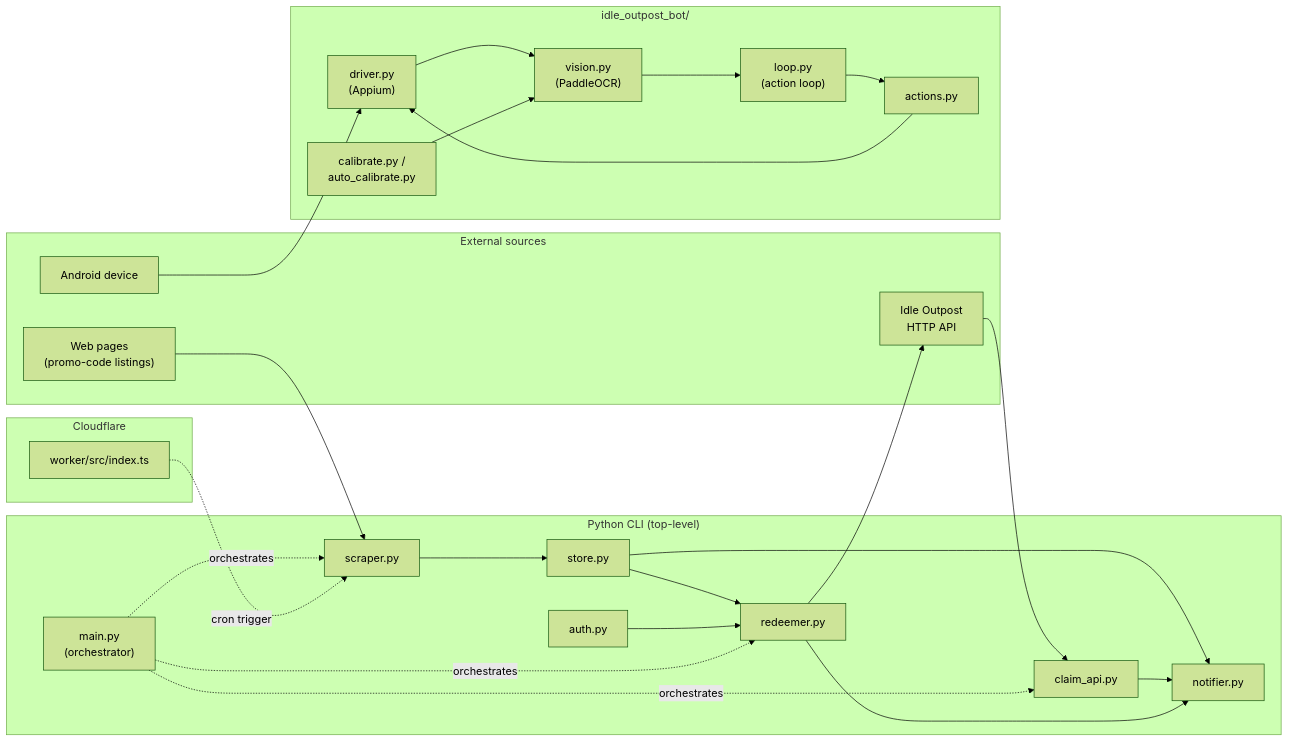
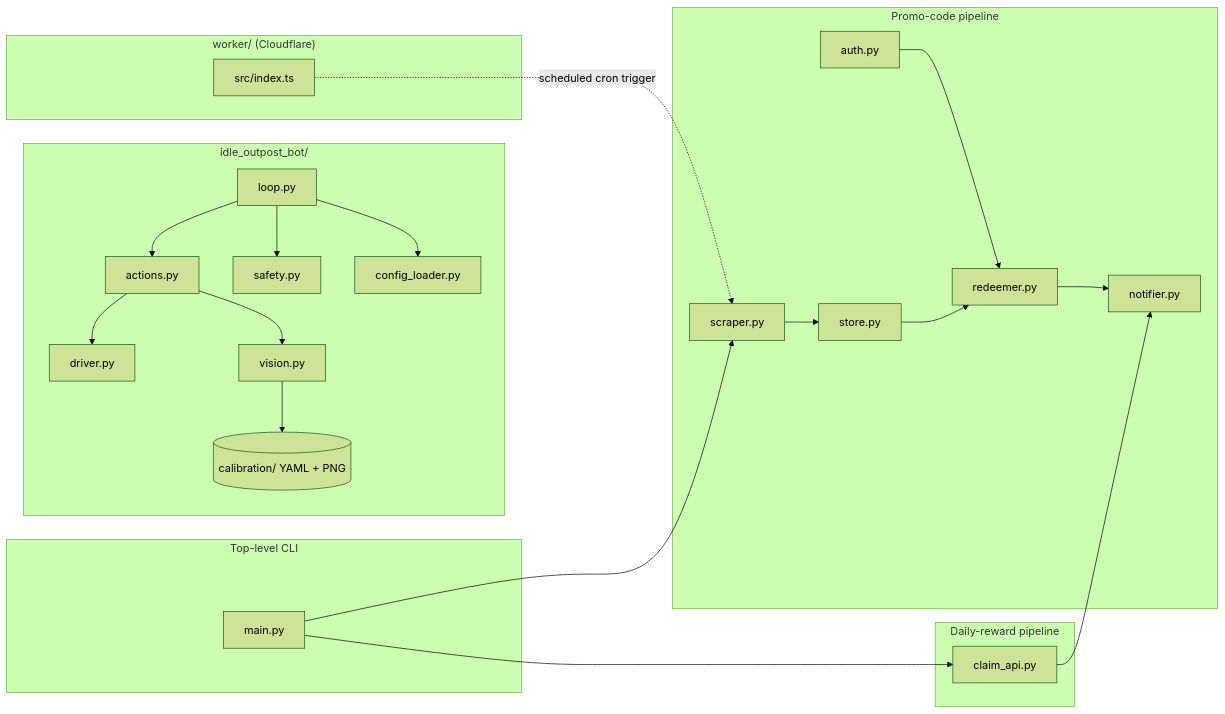
Before and after one commit to jclee941/idle-outpost: the diagram in README.md, drawn with Mermaid (forest theme). The commit also changed other lines of this file, not shown here.

Commit message:
docs: auto-update README.md (#368)

````diff
--- a/README.md
+++ b/README.md
@@ -41,52 +39,49 @@
 ```mermaid
 flowchart LR
-    subgraph Sources["External sources"]
-        WEB["Web pages<br/>(promo-code listings)"]
-        GAME["Idle Outpost<br/>HTTP API"]
-        DEVICE["Android device"]
+    subgraph Top["Top-level CLI"]
+        MAIN["main.py"]
     end
 
-    subgraph CLI["Python CLI (top-level)"]
-        SCRAPER["scraper.py"]
+    subgraph Promo["Promo-code pipeline"]
+        SCRAPE["scraper.py"]
         AUTH["auth.py"]
-        REDEEMER["redeemer.py"]
+        REDEEM["redeemer.py"]
+        STORE["store.py"]
+        NOTIFY["notifier.py"]
+    end
+
+    subgraph Claim["Daily-reward pipeline"]
         CLAIM["claim_api.py"]
-        STORE["store.py"]
-        NOTIFIER["notifier.py"]
-        MAIN["main.py<br/>(orchestrator)"]
     end
 
     subgraph Bot["idle_outpost_bot/"]
-        DRIVER["driver.py<br/>(Appium)"]
-        VISION["vision.py<br/>(PaddleOCR)"]
-        LOOP["loop.py<br/>(action loop)"]
+        LOOP["loop.py"]
         ACTIONS["actions.py"]
-        CALIB["calibrate.py /<br/>auto_calibrate.py"]
+        DRIVER["driver.py"]
+        VISION["vision.py"]
+        SAFETY["safety.py"]
+        CONFIG["config_loader.py"]
+        CALIB[("calibration/ YAML + PNG")]
     end
 
-    subgraph Edge["Cloudflare"]
-        WORKER["worker/src/index.ts"]
+    subgraph Edge["worker/ (Cloudflare)"]
+        WIDX["src/index.ts"]
     end
 
-    WEB --> SCRAPER
-    SCRAPER --> STORE
-    STORE --> REDEEMER
-    AUTH --> REDEEMER
-    REDEEMER --> GAME
-    GAME --> CLAIM
-    STORE --> NOTIFIER
-    CLAIM --> NOTIFIER
-    REDEEMER --> NOTIFIER
-    MAIN -.orchestrates.-> SCRAPER
-    MAIN -.orchestrates.-> REDEEMER
-    MAIN -.orchestrates.-> CLAIM
+    MAIN --> SCRAPE
+    MAIN --> CLAIM
+    SCRAPE --> STORE
+    STORE --> REDEEM
+    AUTH --> REDEEM
+    REDEEM --> NOTIFY
+    CLAIM --> NOTIFY
 
-    DEVICE --> DRIVER
-    DRIVER --> VISION
-    VISION --> LOOP
     LOOP --> ACTIONS
     ACTIONS --> DRIVER
-    CALIB --> VISION
+    ACTIONS --> VISION
+    VISION --> CALIB
+    LOOP --> SAFETY
+    LOOP --> CONFIG
 
-    WORKER -.cron trigger.-> SCRAPER
+    WIDX -. "scheduled cron trigger" .-> SCRAPE
 ```
````
